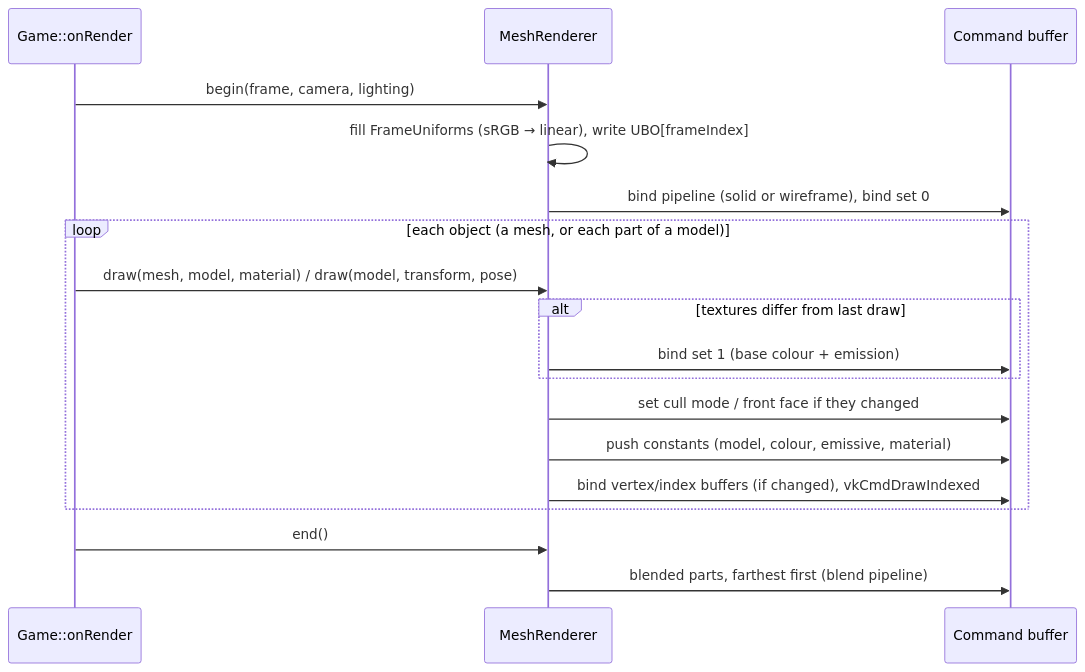
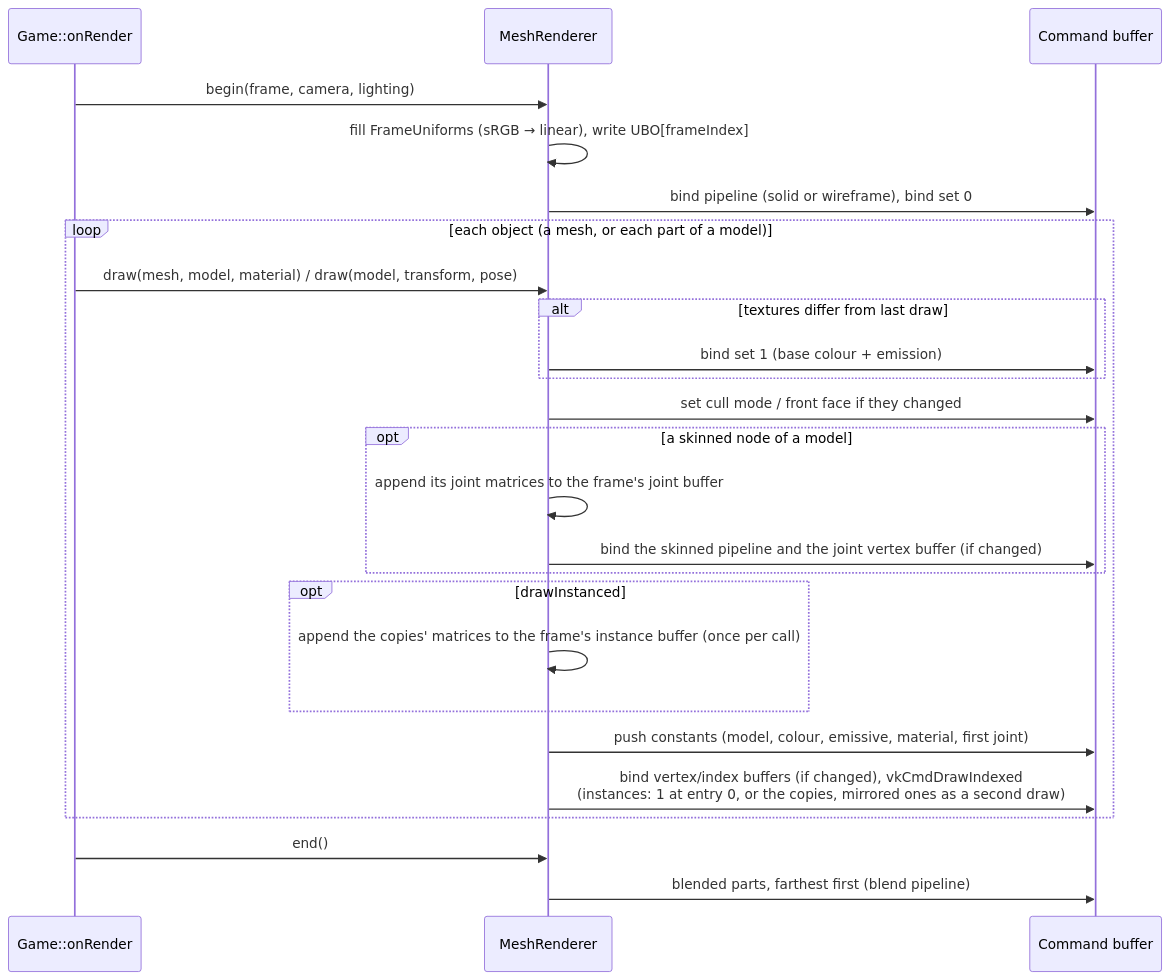
Before and after one commit to Chuck5ta/3DBaseFramework: diagram 11 of 16 in docs/GAME3D_ARCHITECTURE.md, drawn with Mermaid. The commit also changed other lines of this file and 25 other files, not shown here.

````diff
--- a/docs/GAME3D_ARCHITECTURE.md
+++ b/docs/GAME3D_ARCHITECTURE.md
@@ -867,21 +899,28 @@
 ```mermaid
 sequenceDiagram
     participant G as Game::onRender
     participant MR as MeshRenderer
     participant Cmd as Command buffer
 
     G->>MR: begin(frame, camera, lighting)
     MR->>MR: fill FrameUniforms (sRGB → linear), write UBO[frameIndex]
     MR->>Cmd: bind pipeline (solid or wireframe), bind set 0
     loop each object (a mesh, or each part of a model)
         G->>MR: draw(mesh, model, material) / draw(model, transform, pose)
         alt textures differ from last draw
             MR->>Cmd: bind set 1 (base colour + emission)
         end
         MR->>Cmd: set cull mode / front face if they changed
-        MR->>Cmd: push constants (model, colour, emissive, material)
-        MR->>Cmd: bind vertex/index buffers (if changed), vkCmdDrawIndexed
+        opt a skinned node of a model
+            MR->>MR: append its joint matrices to the frame's joint buffer
+            MR->>Cmd: bind the skinned pipeline and the joint vertex buffer (if changed)
+        end
+        opt drawInstanced
+            MR->>MR: append the copies' matrices to the frame's instance buffer (once per call)
+        end
+        MR->>Cmd: push constants (model, colour, emissive, material, first joint)
+        MR->>Cmd: bind vertex/index buffers (if changed), vkCmdDrawIndexed<br/>(instances: 1 at entry 0, or the copies, mirrored ones as a second draw)
     end
     G->>MR: end()
     MR->>Cmd: blended parts, farthest first (blend pipeline)
 ```
````
